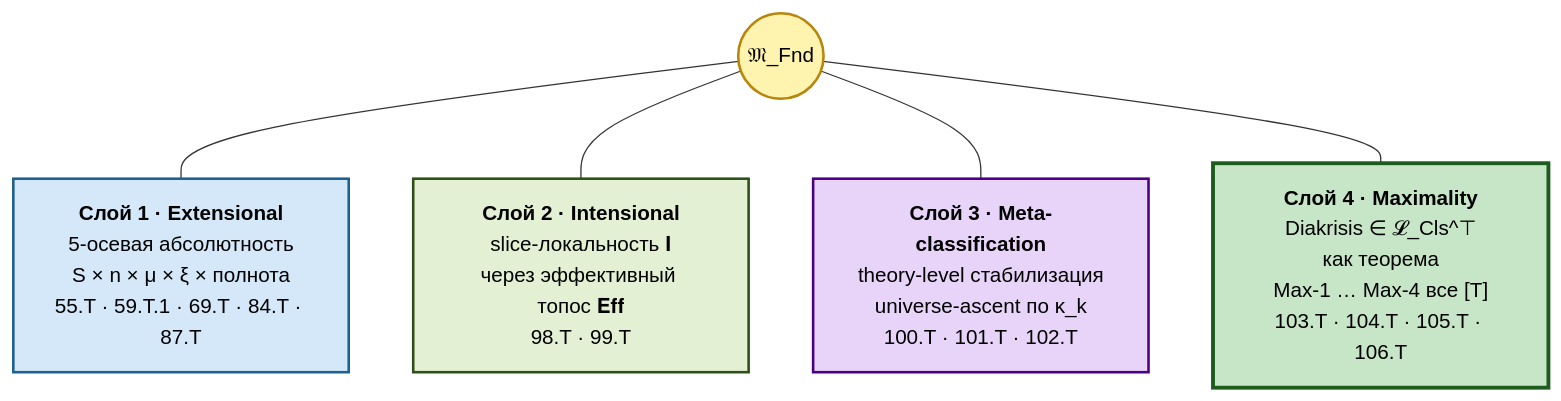
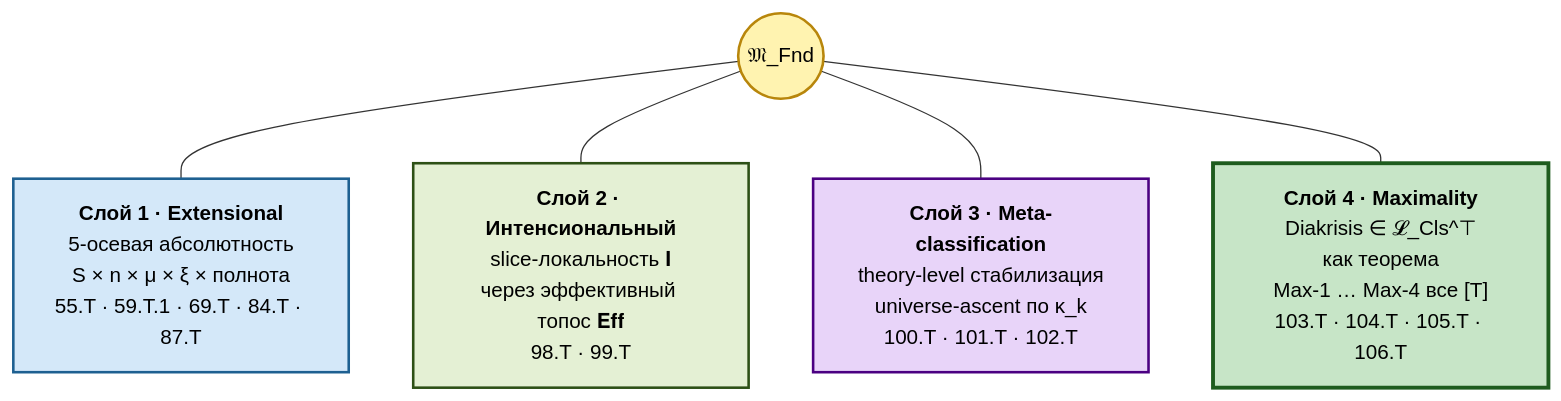
One commit to gst-st/diakrisis changed the fourth of 7 diagrams in docs/intro.md. Above: the diagram before and after it, drawn with Mermaid. The commit also changed other lines of this file and 19 other files, not shown here.

````diff
--- a/docs/intro.md
+++ b/docs/intro.md
@@ -134,20 +134,20 @@
 ```mermaid
 flowchart TB
     classDef core fill:#fff3b0,stroke:#b8860b,stroke-width:2px,color:#000
     classDef ext fill:#d4e8f9,stroke:#1e6091,stroke-width:2px,color:#000
     classDef int fill:#e4f0d4,stroke:#2d5016,stroke-width:2px,color:#000
     classDef meta fill:#e8d4f9,stroke:#4b0082,stroke-width:2px,color:#000
     classDef max fill:#c7e5c7,stroke:#1e5c1e,stroke-width:3px,color:#000
 
     MFnd(("𝔐_Fnd")):::core
 
     EXT["<b>Слой 1 · Extensional</b><br/>5-осевая абсолютность<br/>S × n × μ × ξ × полнота<br/>55.T · 59.T.1 · 69.T · 84.T · 87.T"]:::ext
-    INT["<b>Слой 2 · Intensional</b><br/>slice-локальность 𝐈<br/>через эффективный топос 𝐄𝐟𝐟<br/>98.T · 99.T"]:::int
+    INT["<b>Слой 2 · Интенсиональный</b><br/>slice-локальность 𝐈<br/>через эффективный топос 𝐄𝐟𝐟<br/>98.T · 99.T"]:::int
     META["<b>Слой 3 · Meta-classification</b><br/>theory-level стабилизация<br/>universe-ascent по κ_k<br/>100.T · 101.T · 102.T"]:::meta
     MAX["<b>Слой 4 · Maximality</b><br/>Diakrisis ∈ 𝓛_Cls^⊤<br/>как теорема<br/>Max-1 … Max-4 все [Т]<br/>103.T · 104.T · 105.T · 106.T"]:::max
 
     MFnd --- EXT
     MFnd --- INT
     MFnd --- META
     MFnd --- MAX
 ```
````
